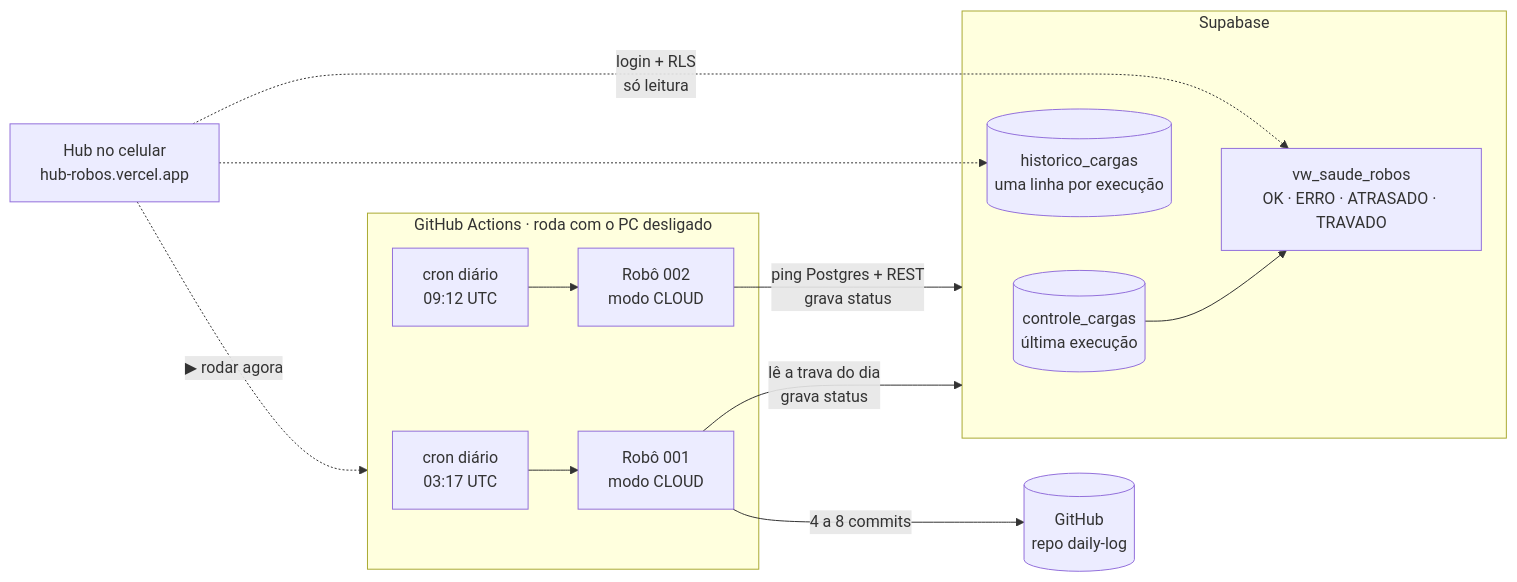
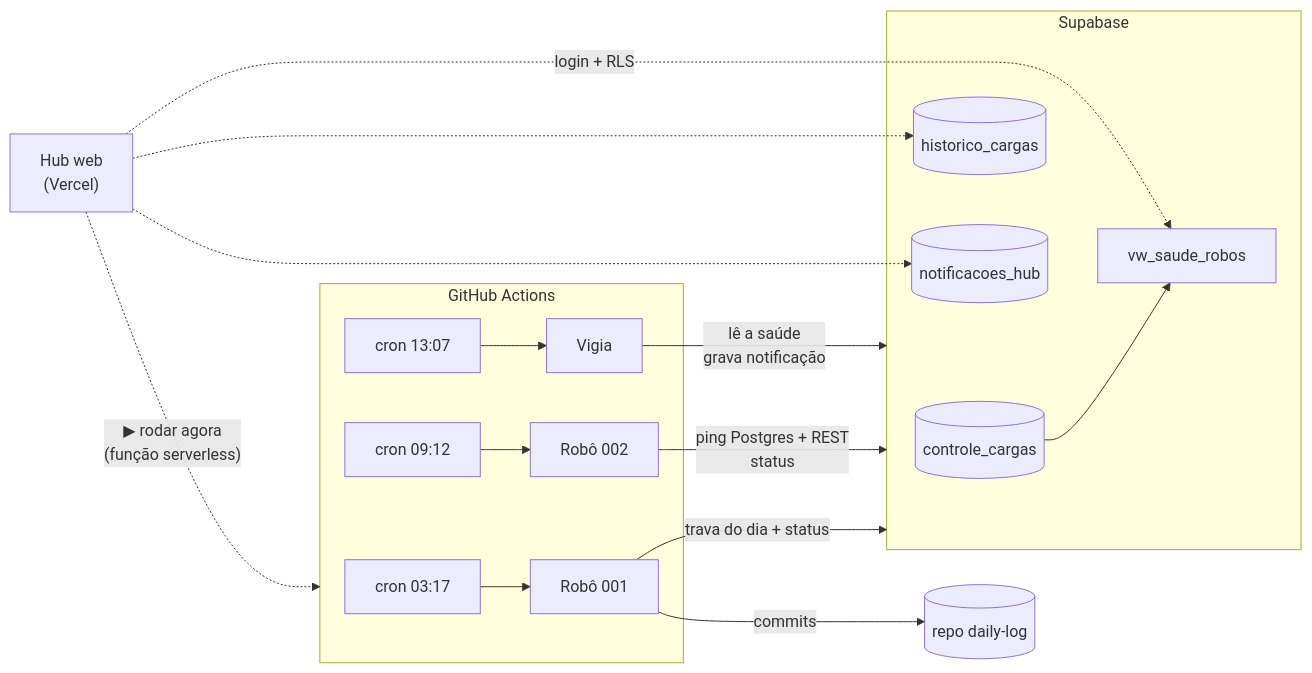
Before and after one commit to diegoscs/ambiente_dev: the diagram in README.md, drawn with Mermaid. The commit also changed other lines of this file, not shown here.

````diff
--- a/README.md
+++ b/README.md
@@ -19,22 +42,26 @@
 ```mermaid
 flowchart LR
-    subgraph GA["GitHub Actions · roda com o PC desligado"]
-        C1["cron diário<br/>03:17 UTC"] --> R1["Robô 001<br/>modo CLOUD"]
-        C2["cron diário<br/>09:12 UTC"] --> R2["Robô 002<br/>modo CLOUD"]
+    subgraph GA["GitHub Actions"]
+        C1["cron 03:17"] --> R1["Robô 001"]
+        C2["cron 09:12"] --> R2["Robô 002"]
+        C3["cron 13:07"] --> VG["Vigia"]
     end
 
-    R1 -- "4 a 8 commits" --> DL[("GitHub<br/>repo daily-log")]
-    R1 -- "lê a trava do dia<br/>grava status" --> SB
-    R2 -- "ping Postgres + REST<br/>grava status" --> SB
+    R1 -- "commits" --> DL[("repo daily-log")]
+    R1 -- "trava do dia + status" --> SB
+    R2 -- "ping Postgres + REST<br/>status" --> SB
+    VG -- "lê a saúde<br/>grava notificação" --> SB
 
     subgraph SB["Supabase"]
-        CC[("controle_cargas<br/>última execução")]
-        HC[("historico_cargas<br/>uma linha por execução")]
-        VW["vw_saude_robos<br/>OK · ERRO · ATRASADO · TRAVADO"]
+        CC[("controle_cargas")]
+        HC[("historico_cargas")]
+        VW["vw_saude_robos"]
+        NT[("notificacoes_hub")]
         CC --> VW
     end
 
-    HUB["Hub no celular<br/>hub-robos.vercel.app"] -. "login + RLS<br/>só leitura" .-> VW
+    HUB["Hub web<br/>(Vercel)"] -. "login + RLS" .-> VW
     HUB -.-> HC
-    HUB -. "▶ rodar agora" .-> GA
+    HUB -.-> NT
+    HUB -. "▶ rodar agora<br/>(função serverless)" .-> GA
 ```
````
